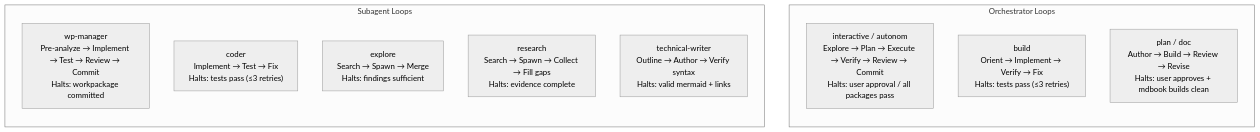
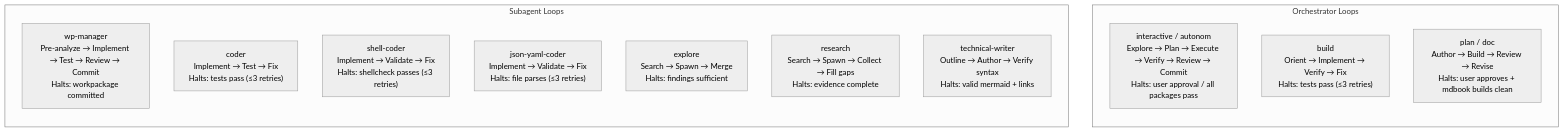
One commit to juliankahlert/opencode-config changed the fourth of 8 diagrams in pages/src/absurd/overview.md. Above: the diagram before and after it, drawn with Mermaid (neutral theme). The commit also changed other lines of this file and 6 other files, not shown here.

````diff
--- a/pages/src/absurd/overview.md
+++ b/pages/src/absurd/overview.md
@@ -194,18 +198,20 @@
 ```mermaid
 flowchart TD
     subgraph "Orchestrator Loops"
         direction TB
         I["interactive / autonom<br/>Explore → Plan → Execute → Verify → Review → Commit<br/>Halts: user approval / all packages pass"]
         B["build<br/>Orient → Implement → Verify → Fix<br/>Halts: tests pass (≤3 retries)"]
         P["plan / doc<br/>Author → Build → Review → Revise<br/>Halts: user approves + mdbook builds clean"]
     end
 
     subgraph "Subagent Loops"
         direction TB
         WPM["wp-manager<br/>Pre-analyze → Implement → Test → Review → Commit<br/>Halts: workpackage committed"]
         C["coder<br/>Implement → Test → Fix<br/>Halts: tests pass (≤3 retries)"]
+        SC["shell-coder<br/>Implement → Validate → Fix<br/>Halts: shellcheck passes (≤3 retries)"]
+        JY["json-yaml-coder<br/>Implement → Validate → Fix<br/>Halts: file parses (≤3 retries)"]
         E["explore<br/>Search → Spawn → Merge<br/>Halts: findings sufficient"]
         R["research<br/>Search → Spawn → Collect → Fill gaps<br/>Halts: evidence complete"]
         T["technical-writer<br/>Outline → Author → Verify syntax<br/>Halts: valid mermaid + links"]
     end
 ```
````
